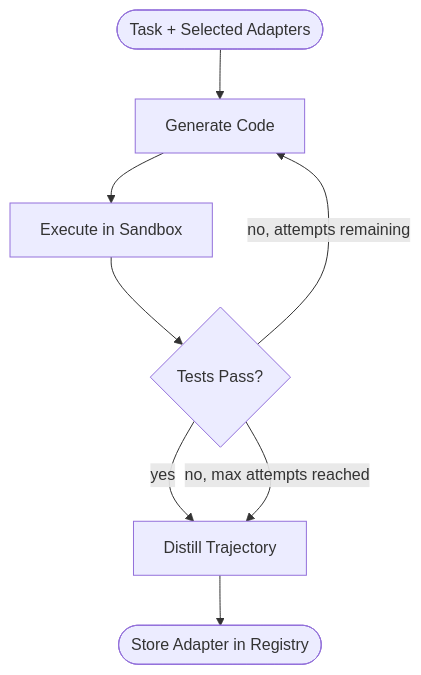
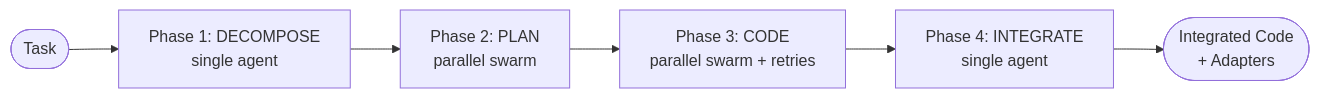
The diagram in docs/architecture/recursive-loop.md (ElixirTrials/rune), drawn with Mermaid before and after one commit. The commit also changed other lines of this file and 20 other files, not shown here.

````diff
--- a/docs/architecture/recursive-loop.md
+++ b/docs/architecture/recursive-loop.md
@@ -13,11 +13,8 @@
 ```mermaid
-flowchart TD
-    Task([Task + Selected Adapters]) --> Generate
-    Generate[Generate Code] --> Execute
-    Execute[Execute in Sandbox] --> Reflect
-    Reflect{Tests Pass?} -->|no, attempts remaining| Generate
-    Reflect -->|yes| Distill
-    Reflect -->|no, max attempts reached| Distill
-    Distill[Distill Trajectory] --> Store
-    Store([Store Adapter in Registry])
+flowchart LR
+    Task([Task]) --> P1[Phase 1: DECOMPOSE\nsingle agent]
+    P1 --> P2[Phase 2: PLAN\nparallel swarm]
+    P2 --> P3[Phase 3: CODE\nparallel swarm + retries]
+    P3 --> P4[Phase 4: INTEGRATE\nsingle agent]
+    P4 --> Done([Integrated Code\n+ Adapters])
 ```
````
